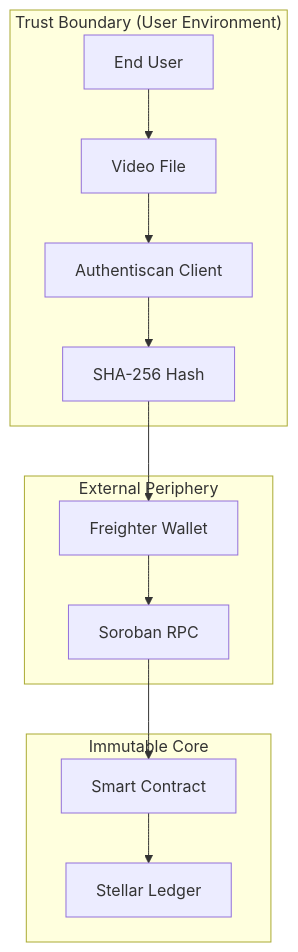
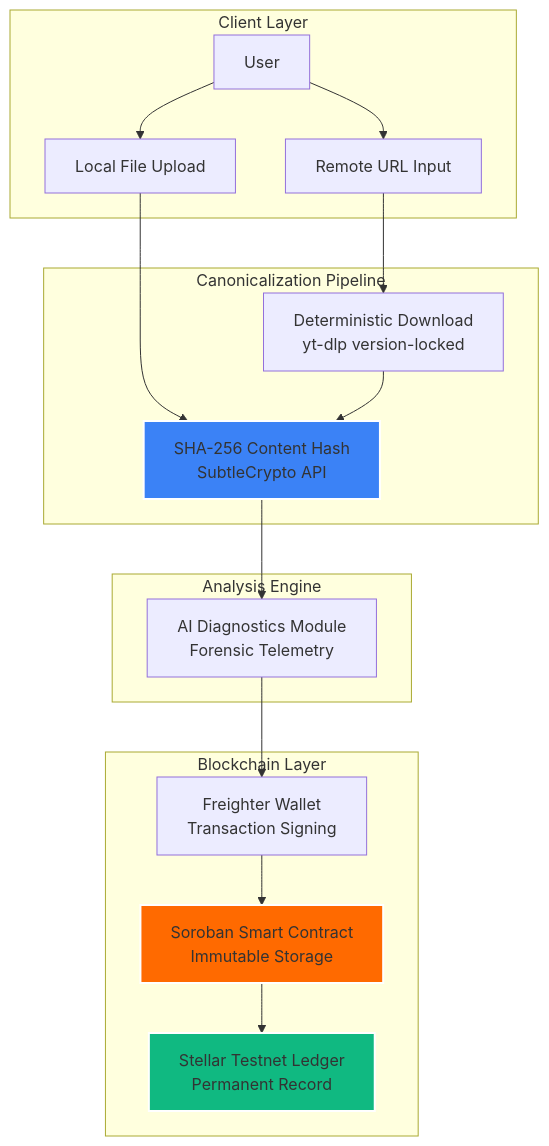
One commit to tunisch/AuthentiScan changed the first of 2 diagrams in README.md. Above: the diagram before and after it, drawn with Mermaid. The commit also changed other lines of this file, not shown here.

Commit message:
refactor: update README to detail content identity model, deterministic download pipeline, and smart contract architecture, replacing general overview sections.

````diff
--- a/README.md
+++ b/README.md
@@ -78,27 +27,37 @@
 ```mermaid
 graph TD
-    subgraph "Trust Boundary (User Environment)"
-        U[End User]
-        F[Video File]
-        C[Authentiscan Client]
-        H[SHA-256 Hash]
-    end
-    
-    subgraph "External Periphery"
-        W[Freighter Wallet]
-        R[Soroban RPC]
+    subgraph "Client Layer"
+        U[User]
+        LF[Local File Upload]
+        RU[Remote URL Input]
     end
 
-    subgraph "Immutable Core"
-        S[Smart Contract]
-        L[Stellar Ledger]
+    subgraph "Canonicalization Pipeline"
+        DL[Deterministic Download<br/>yt-dlp version-locked]
+        CH[SHA-256 Content Hash<br/>SubtleCrypto API]
     end
 
-    U --> F
-    F --> C
-    C --> H
-    H --> W
-    W --> R
-    R --> S
-    S --> L
+    subgraph "Analysis Engine"
+        AI[AI Diagnostics Module<br/>Forensic Telemetry]
+    end
+
+    subgraph "Blockchain Layer"
+        FW[Freighter Wallet<br/>Transaction Signing]
+        SC[Soroban Smart Contract<br/>Immutable Storage]
+        SL[Stellar Testnet Ledger<br/>Permanent Record]
+    end
+
+    U --> LF
+    U --> RU
+    LF --> CH
+    RU --> DL
+    DL --> CH
+    CH --> AI
+    AI --> FW
+    FW --> SC
+    SC --> SL
+
+    style SC fill:#ff6a00,stroke:#fff,stroke-width:2px
+    style SL fill:#10b981,stroke:#fff,stroke-width:2px
+    style CH fill:#3b82f6,stroke:#fff,stroke-width:2px
 ```
````
